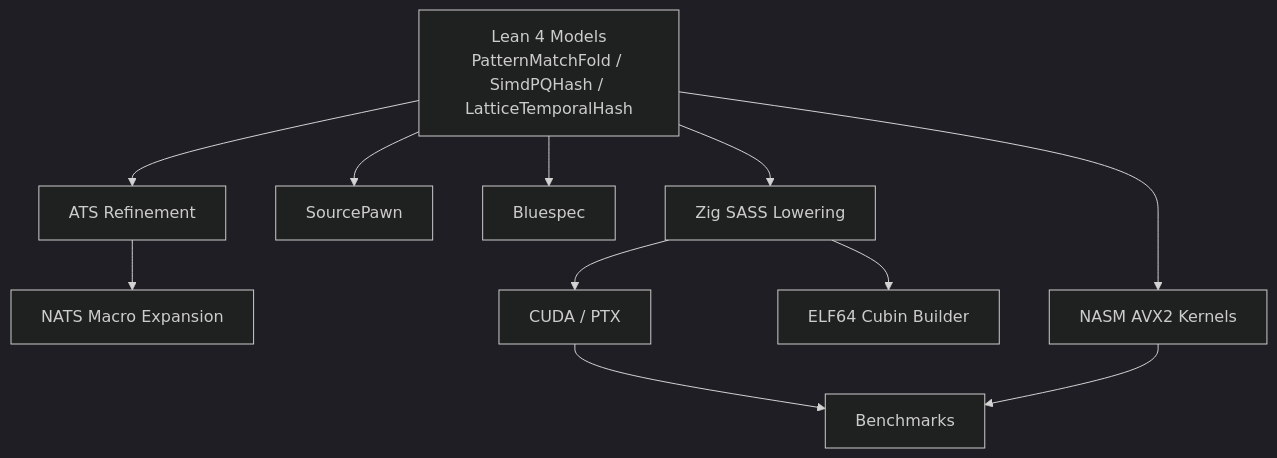
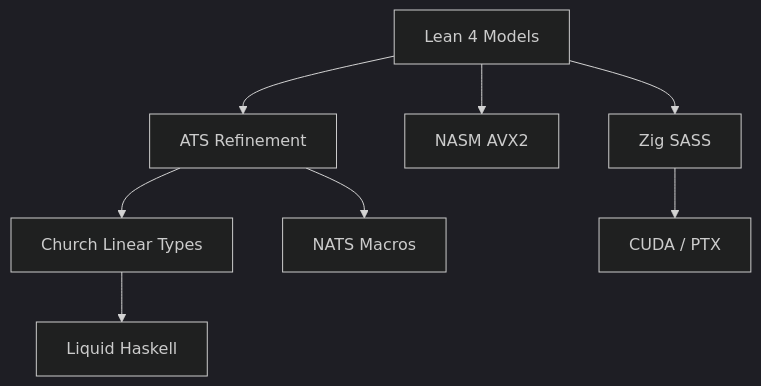
The diagram in README.md (AHMADALIPARR/pattern-match-fold), drawn with Mermaid (dark theme) before and after one commit. The commit also changed other lines of this file, not shown here.

Commit message:
Add Church linear types and Liquid Haskell layers to main README

````diff
--- a/README.md
+++ b/README.md
@@ -123,13 +124,10 @@
 ```mermaid
 graph TD
-    Lean[Lean 4 Models<br/>PatternMatchFold / SimdPQHash / LatticeTemporalHash] --> ATS[ATS Refinement]
-    ATS --> NATS[NATS Macro Expansion]
-    Lean --> Asm[NASM AVX2 Kernels]
-    Lean --> SP[SourcePawn]
-    Lean --> BS[Bluespec]
-    Lean --> Zig[Zig SASS Lowering]
-    Zig --> Cubin[ELF64 Cubin Builder]
+    Lean[Lean 4 Models] --> ATS[ATS Refinement]
+    ATS --> Church[Church Linear Types]
+    Church --> LH[Liquid Haskell]
+    ATS --> NATS[NATS Macros]
+    Lean --> Asm[NASM AVX2]
+    Lean --> Zig[Zig SASS]
     Zig --> CUDA[CUDA / PTX]
-    CUDA --> Bench[Benchmarks]
-    Asm --> Bench
 ```
````
